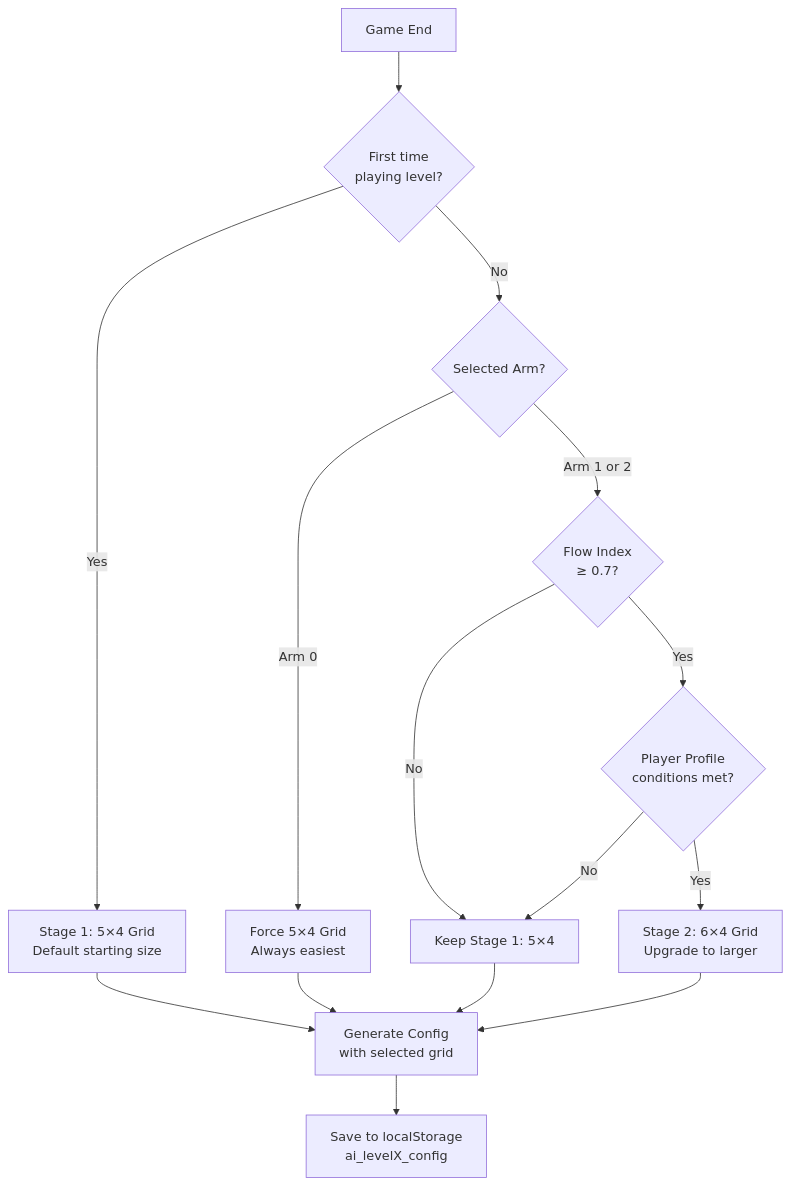
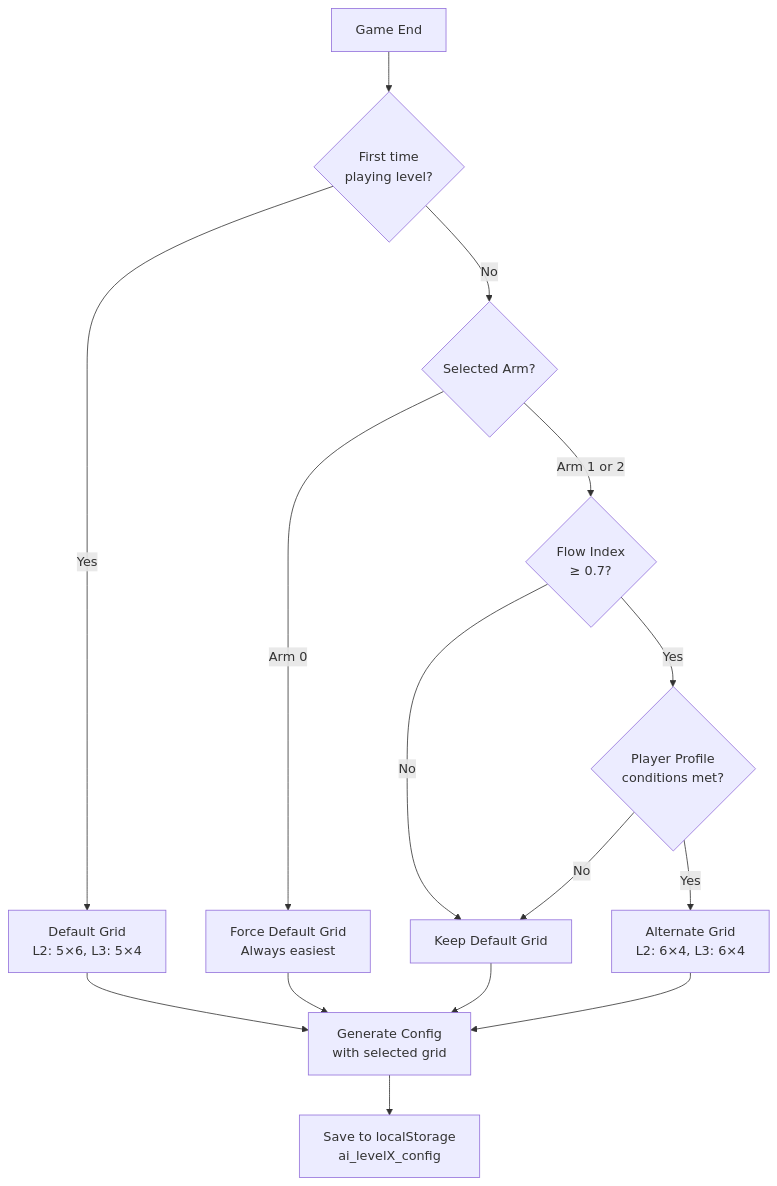
Before and after one commit to DDMYmia/Memory-Game-He-Maumahara: the tenth of 10 diagrams in docs/SYSTEM_DIAGRAMS.md, drawn with Mermaid. The commit also changed other lines of this file and 23 other files, not shown here.

````diff
--- a/docs/SYSTEM_DIAGRAMS.md
+++ b/docs/SYSTEM_DIAGRAMS.md
@@ -481,22 +493,22 @@
 ```mermaid
 flowchart TD
     Start[Game End] --> Check{First time<br/>playing level?}
-    Check -->|Yes| Stage1[Stage 1: 5×4 Grid<br/>Default starting size]
+    Check -->|Yes| Stage1[Default Grid<br/>L2: 5×6, L3: 5×4]
     Check -->|No| Arm{Selected Arm?}
     
-    Arm -->|Arm 0| ForceS1[Force 5×4 Grid<br/>Always easiest]
+    Arm -->|Arm 0| ForceS1[Force Default Grid<br/>Always easiest]
     Arm -->|Arm 1 or 2| Perf{Flow Index<br/>≥ 0.7?}
     
     Perf -->|Yes| Profile{Player Profile<br/>conditions met?}
-    Perf -->|No| KeepS1[Keep Stage 1: 5×4]
+    Perf -->|No| KeepS1[Keep Default Grid]
     
-    Profile -->|Yes| Stage2[Stage 2: 6×4 Grid<br/>Upgrade to larger]
+    Profile -->|Yes| Stage2[Alternate Grid<br/>L2: 6×4, L3: 6×4]
     Profile -->|No| KeepS1
     
     Stage1 --> Config[Generate Config<br/>with selected grid]
     ForceS1 --> Config
     KeepS1 --> Config
     Stage2 --> Config
     
     Config --> Save[Save to localStorage<br/>ai_levelX_config]
 ```
````
